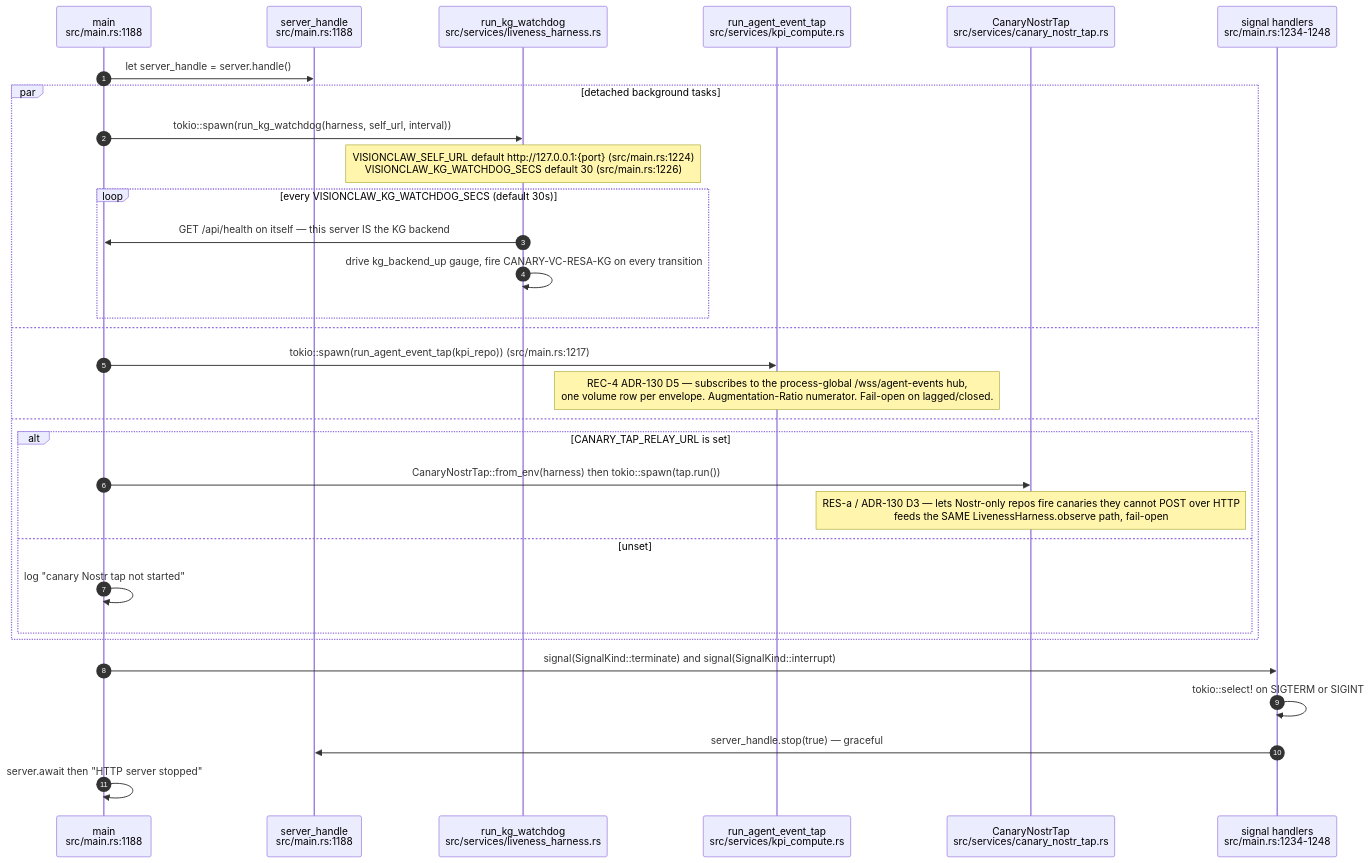
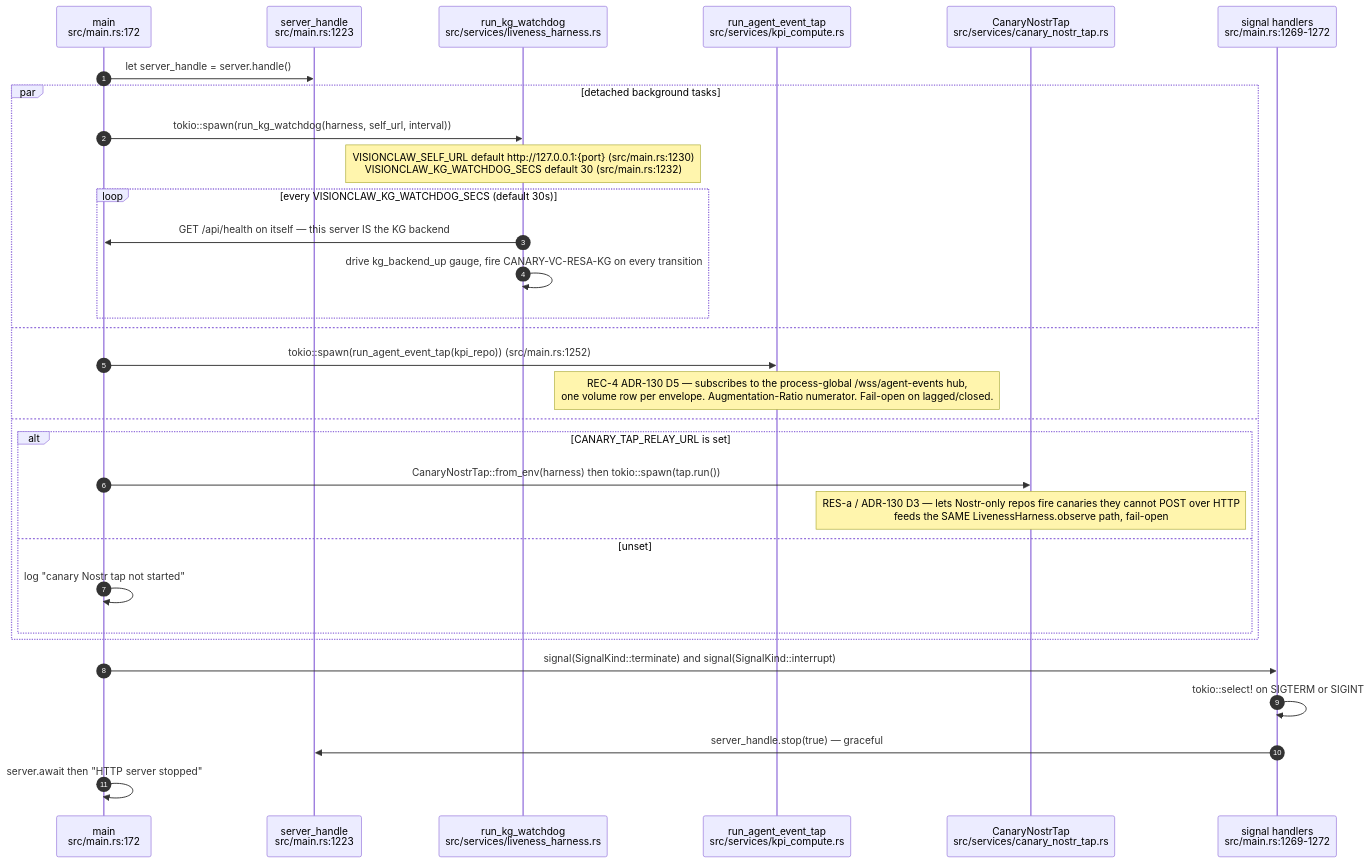
Before and after one commit to DreamLab-AI/VisionFlow: the eighth of 15 diagrams in docs/diagrams/visionclaw/01-boot-and-app-state.md, drawn with Mermaid. The commit also changed other lines of this file and 32 other files, not shown here.

````diff
--- a/docs/diagrams/visionclaw/01-boot-and-app-state.md
+++ b/docs/diagrams/visionclaw/01-boot-and-app-state.md
@@ -355,34 +355,34 @@
 ```mermaid
 sequenceDiagram
     autonumber
-    participant M as main<br/>src/main.rs:1188
-    participant SH as server_handle<br/>src/main.rs:1188
+    participant M as main<br/>src/main.rs:172
+    participant SH as server_handle<br/>src/main.rs:1223
     participant WD as run_kg_watchdog<br/>src/services/liveness_harness.rs
     participant TAP as run_agent_event_tap<br/>src/services/kpi_compute.rs
     participant CT as CanaryNostrTap<br/>src/services/canary_nostr_tap.rs
-    participant SIG as signal handlers<br/>src/main.rs:1234-1248
+    participant SIG as signal handlers<br/>src/main.rs:1269-1272
 
     M->>SH: let server_handle = server.handle()
     par detached background tasks
         M->>WD: tokio::spawn(run_kg_watchdog(harness, self_url, interval))
-        Note over WD: VISIONCLAW_SELF_URL default http://127.0.0.1:{port} (src/main.rs:1224)<br/>VISIONCLAW_KG_WATCHDOG_SECS default 30 (src/main.rs:1226)
+        Note over WD: VISIONCLAW_SELF_URL default http://127.0.0.1:{port} (src/main.rs:1230)<br/>VISIONCLAW_KG_WATCHDOG_SECS default 30 (src/main.rs:1232)
         loop every VISIONCLAW_KG_WATCHDOG_SECS (default 30s)
             WD->>M: GET /api/health on itself — this server IS the KG backend
             WD->>WD: drive kg_backend_up gauge, fire CANARY-VC-RESA-KG on every transition
         end
     and
-        M->>TAP: tokio::spawn(run_agent_event_tap(kpi_repo)) (src/main.rs:1217)
+        M->>TAP: tokio::spawn(run_agent_event_tap(kpi_repo)) (src/main.rs:1252)
         Note over TAP: REC-4 ADR-130 D5 — subscribes to the process-global /wss/agent-events hub,<br/>one volume row per envelope. Augmentation-Ratio numerator. Fail-open on lagged/closed.
     and
         alt CANARY_TAP_RELAY_URL is set
             M->>CT: CanaryNostrTap::from_env(harness) then tokio::spawn(tap.run())
             Note over CT: RES-a / ADR-130 D3 — lets Nostr-only repos fire canaries they cannot POST over HTTP<br/>feeds the SAME LivenessHarness.observe path, fail-open
         else unset
             M->>M: log "canary Nostr tap not started"
         end
     end
     M->>SIG: signal(SignalKind::terminate) and signal(SignalKind::interrupt)
     SIG->>SIG: tokio::select! on SIGTERM or SIGINT
     SIG->>SH: server_handle.stop(true) — graceful
     M->>M: server.await then "HTTP server stopped"
 ```
````
